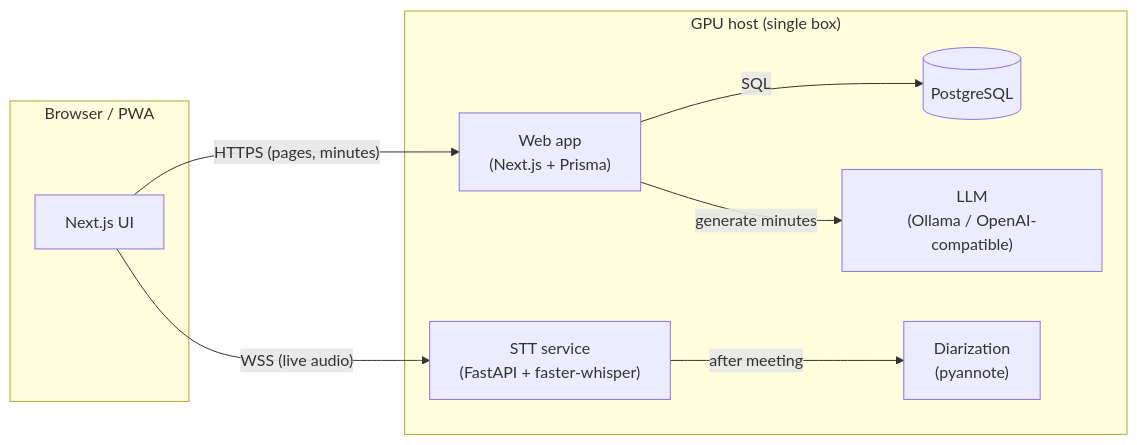
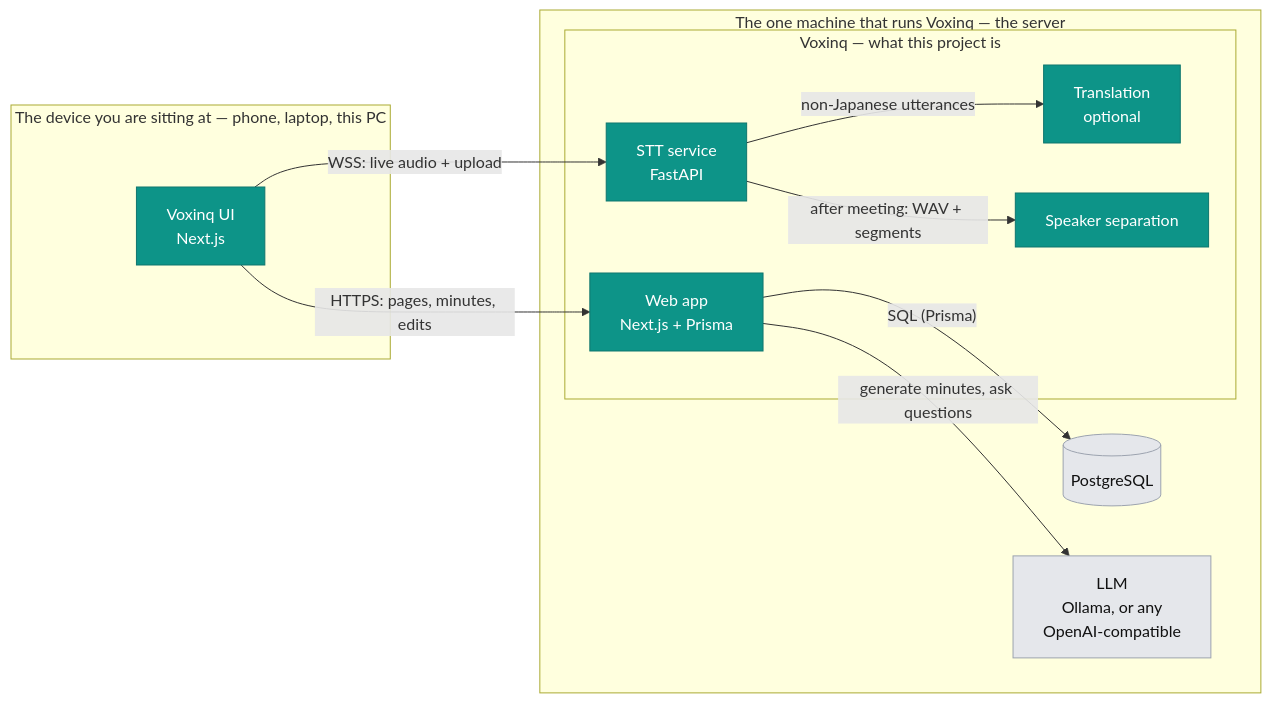
The diagram in README.md (ikasast/voxinq-meeting), drawn with Mermaid before and after one commit. The commit also changed other lines of this file, not shown here.

Commit message:
Update the README architecture diagram to v2
The diagram in the README was never touched during the v2 work and still
described the v1.5 world: a box labelled "GPU host", faster-whisper and
pyannote named as the engines, and time-shared VRAM stated as a fact of
the design. None of those are true now -- the engines are chosen from the
hardware, and the app runs with no GPU at all.

Use the same diagram as docs/architecture.md rather than maintaining a
third, divergent picture, and condition the time-sharing note on having
an 8 GB NVIDIA card, which is the only case it describes.

````diff
--- a/README.md
+++ b/README.md
@@ -136,19 +136,28 @@
 ```mermaid
 flowchart LR
-  subgraph Browser["Browser / PWA"]
-    UI["Next.js UI"]
+  subgraph Browser["The device you are sitting at — phone, laptop, this PC"]
+    UI["Voxinq UI<br/>Next.js"]
   end
-  subgraph Host["GPU host (single box)"]
-    Web["Web app<br/>(Next.js + Prisma)"]
+  subgraph Host["The one machine that runs Voxinq — the server"]
+    subgraph Vox["Voxinq — what this project is"]
+      Web["Web app<br/>Next.js + Prisma"]
+      STT["STT service<br/>FastAPI"]
+      TR["Translation<br/>optional"]
+      DIA["Speaker separation"]
+    end
     DB[("PostgreSQL")]
-    STT["STT service<br/>(FastAPI + faster-whisper)"]
-    DIA["Diarization<br/>(pyannote)"]
-    LLM["LLM<br/>(Ollama / OpenAI-compatible)"]
+    LLM["LLM<br/>Ollama, or any<br/>OpenAI-compatible"]
   end
 
-  UI -- "HTTPS (pages, minutes)" --> Web
-  UI -- "WSS (live audio)" --> STT
-  Web -- "SQL" --> DB
-  Web -- "generate minutes" --> LLM
-  STT -- "after meeting" --> DIA
+  UI -- "HTTPS: pages, minutes, edits" --> Web
+  UI -- "WSS: live audio + upload" --> STT
+  Web -- "SQL (Prisma)" --> DB
+  Web -- "generate minutes, ask questions" --> LLM
+  STT -- "non-Japanese utterances" --> TR
+  STT -- "after meeting: WAV + segments" --> DIA
+
+  classDef own fill:#0d9488,stroke:#0f766e,color:#fff
+  classDef ext fill:#e5e7eb,stroke:#9ca3af,color:#111
+  class UI,Web,STT,TR,DIA own
+  class DB,LLM ext
 ```
````
